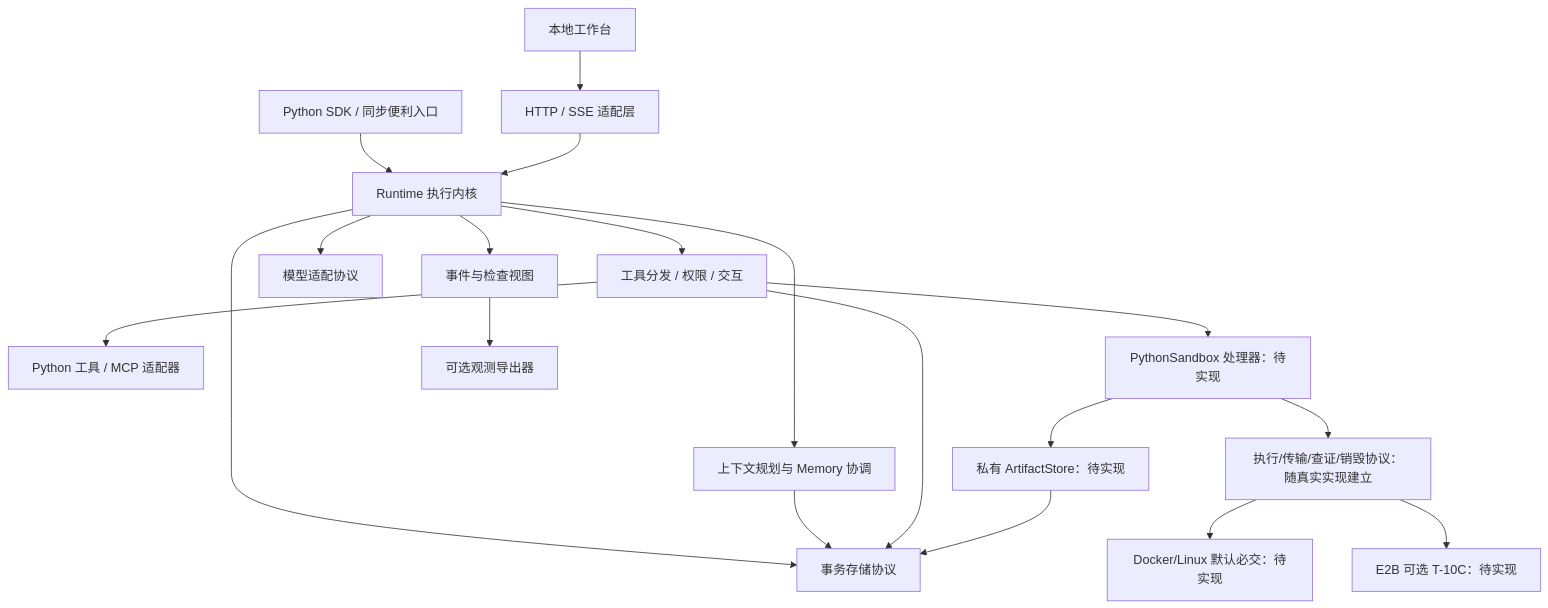
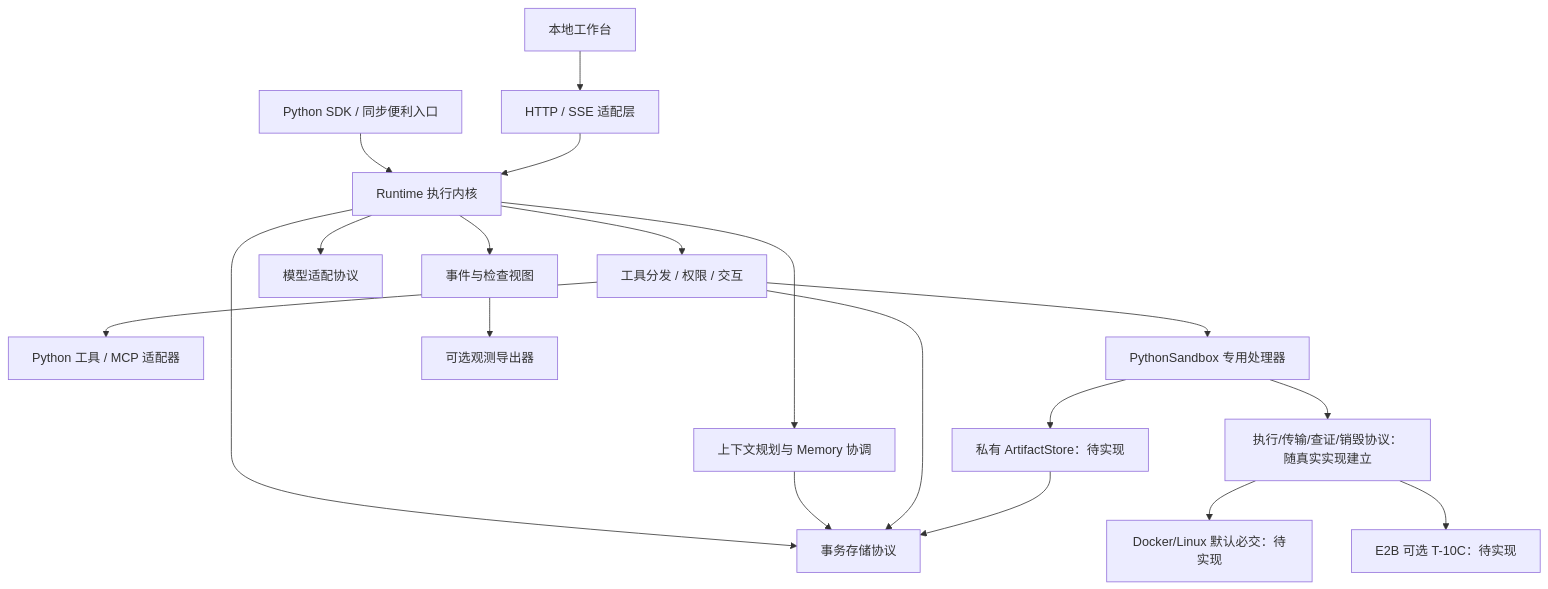
Before and after one commit to drov-ai/drov: the diagram in docs/planning/architecture.md, drawn with Mermaid. The commit also changed other lines of this file and 48 other files, not shown here.

````diff
--- a/docs/planning/architecture.md
+++ b/docs/planning/architecture.md
@@ -19,21 +19,21 @@
 ```mermaid
 flowchart TD
     SDK[Python SDK / 同步便利入口] --> R[Runtime 执行内核]
     UI[本地工作台] --> HTTP[HTTP / SSE 适配层]
     HTTP --> R
     R --> C[上下文规划与 Memory 协调]
     R --> T[工具分发 / 权限 / 交互]
     R --> P[模型适配协议]
     R --> S[事务存储协议]
     R --> E[事件与检查视图]
     C --> S
     T --> S
     T --> EXT[Python 工具 / MCP 适配器]
-    T --> SB[PythonSandbox 处理器：待实现]
+    T --> SB[PythonSandbox 专用处理器]
     SB --> BP[执行/传输/查证/销毁协议：随真实实现建立]
     BP --> DB[Docker/Linux 默认必交：待实现]
     BP --> CB[E2B 可选 T-10C：待实现]
     SB --> AS[私有 ArtifactStore：待实现]
     AS --> S
     E --> O[可选观测导出器]
 ```
````
